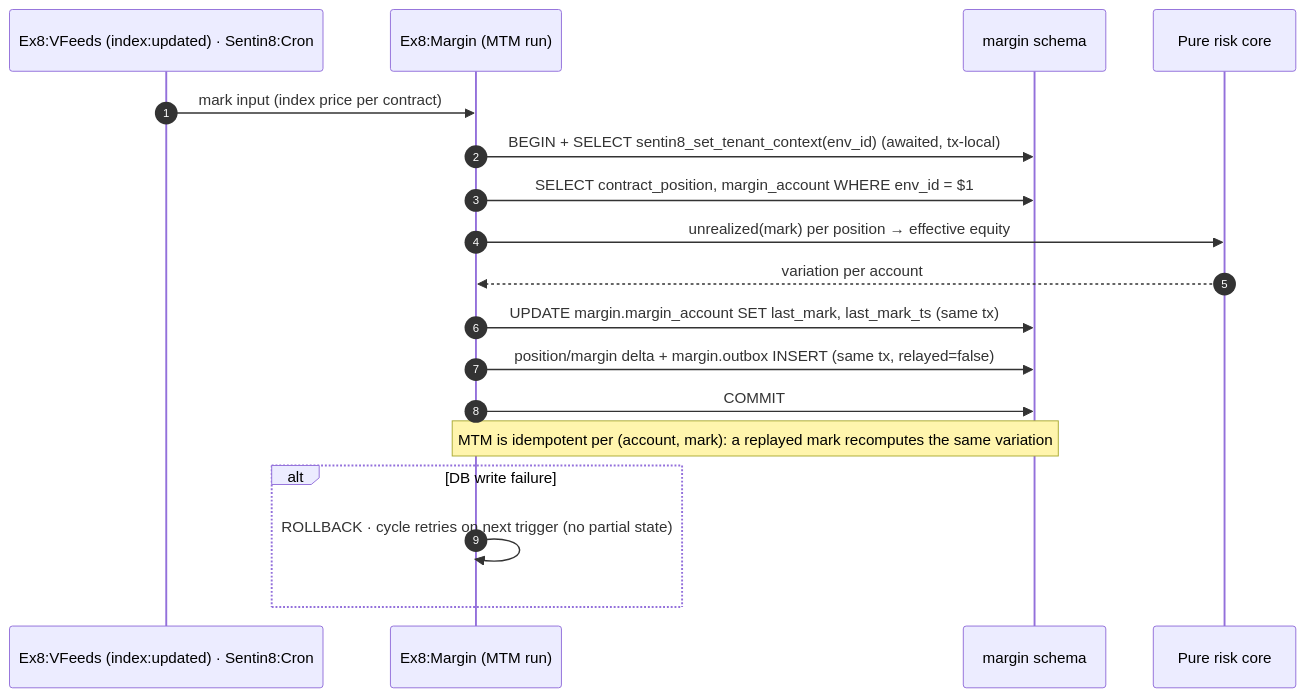
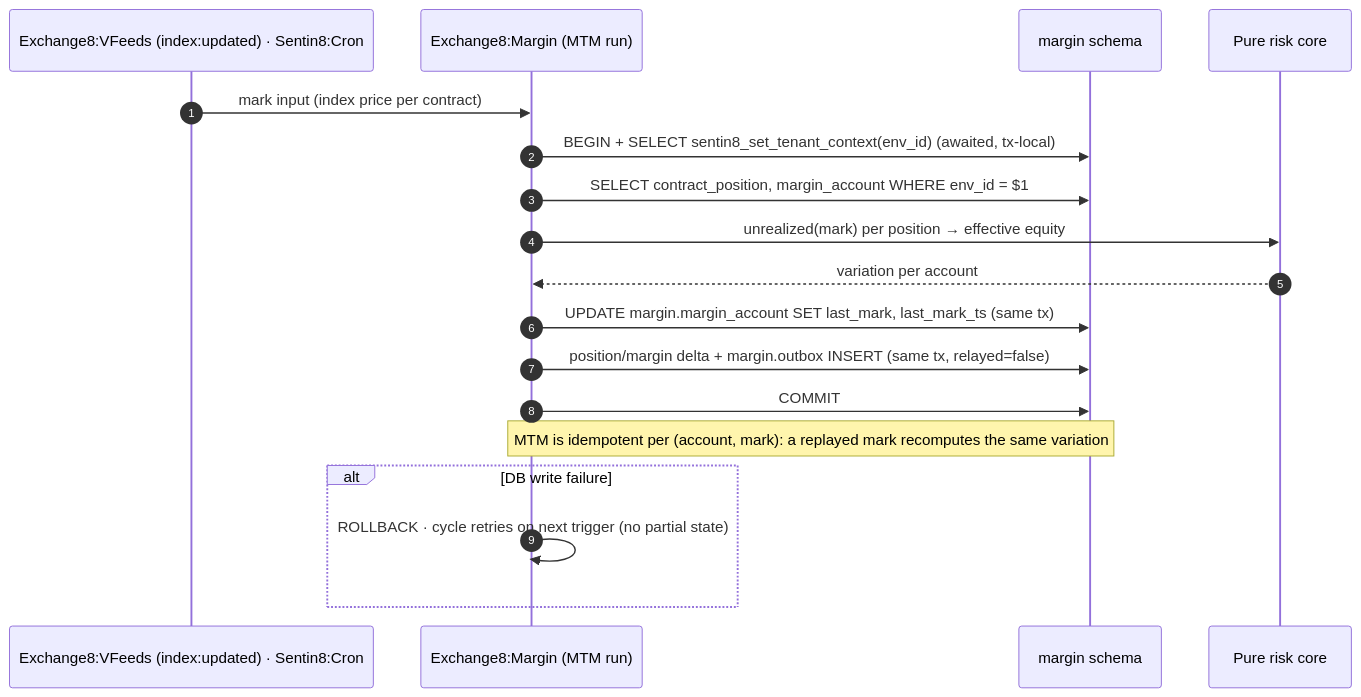
The fifth of 17 diagrams in DESIGN.md (Exchange8-dev/exchange8-margin), drawn with Mermaid before and after one commit. The commit also changed other lines of this file and 10 other files, not shown here.

````diff
--- a/DESIGN.md
+++ b/DESIGN.md
@@ -233,21 +233,21 @@
 ```mermaid
 sequenceDiagram
     autonumber
-    participant SRC as Ex8:VFeeds (index:updated) · Sentin8:Cron
-    participant MG as Ex8:Margin (MTM run)
+    participant SRC as Exchange8:VFeeds (index:updated) · Sentin8:Cron
+    participant MG as Exchange8:Margin (MTM run)
     participant DB as margin schema
     participant CORE as Pure risk core
 
     SRC->>MG: mark input (index price per contract)
     MG->>DB: BEGIN + SELECT sentin8_set_tenant_context(env_id) (awaited, tx-local)
     MG->>DB: SELECT contract_position, margin_account WHERE env_id = $1
     MG->>CORE: unrealized(mark) per position → effective equity
     CORE-->>MG: variation per account
     MG->>DB: UPDATE margin.margin_account SET last_mark, last_mark_ts (same tx)
     MG->>DB: position/margin delta + margin.outbox INSERT (same tx, relayed=false)
     MG->>DB: COMMIT
     Note over MG,DB: MTM is idempotent per (account, mark): a replayed mark recomputes the same variation
     alt DB write failure
         MG->>MG: ROLLBACK · cycle retries on next trigger (no partial state)
     end
 ```
````
